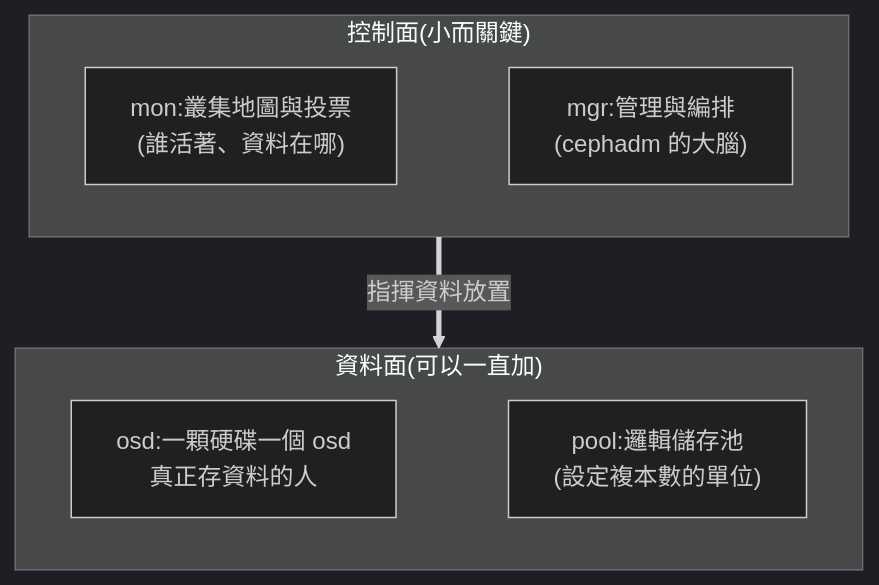
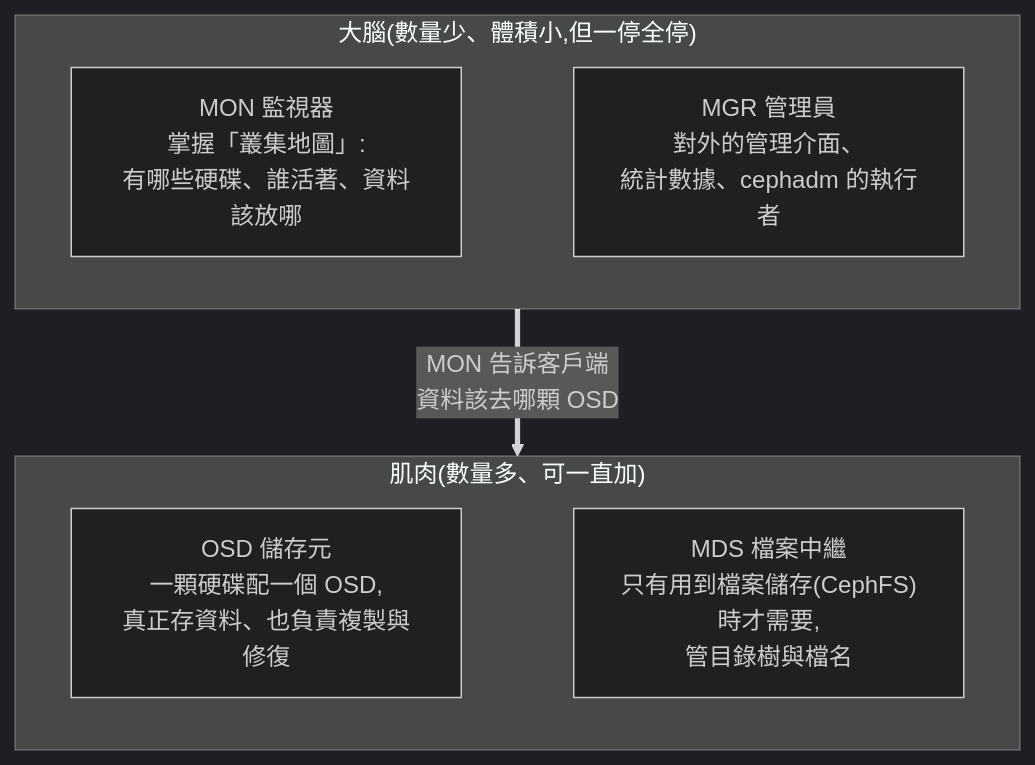
The diagram in docs/runbook/sprint4-day14-ceph-bootstrap.md (DeepWaveLab/OpenStackPracticing), drawn with Mermaid (dark theme) before and after one commit. The commit also changed other lines of this file and 32 other files, not shown here.

````diff
--- a/docs/runbook/sprint4-day14-ceph-bootstrap.md
+++ b/docs/runbook/sprint4-day14-ceph-bootstrap.md
@@ -22,12 +32,12 @@
 ```mermaid
 flowchart TB
-    subgraph brain["控制面(小而關鍵)"]
+    subgraph brain["大腦(數量少、體積小,但一停全停)"]
         direction LR
-        MON["mon:叢集地圖與投票<br/>(誰活著、資料在哪)"] ~~~ MGR["mgr:管理與編排<br/>(cephadm 的大腦)"]
+        MON["MON 監視器<br/>掌握「叢集地圖」:<br/>有哪些硬碟、誰活著、資料該放哪"] ~~~ MGR["MGR 管理員<br/>對外的管理介面、<br/>統計數據、cephadm 的執行者"]
     end
-    subgraph data["資料面(可以一直加)"]
+    subgraph muscle["肌肉(數量多、可一直加)"]
         direction LR
-        OSD1["osd:一顆硬碟一個 osd<br/>真正存資料的人"] ~~~ POOL["pool:邏輯儲存池<br/>(設定複本數的單位)"]
+        OSD["OSD 儲存元<br/>一顆硬碟配一個 OSD,<br/>真正存資料、也負責複製與修復"] ~~~ MDS["MDS 檔案中繼<br/>只有用到檔案儲存(CephFS)時才需要,<br/>管目錄樹與檔名"]
     end
-    brain ==>|"指揮資料放置"| data
+    brain ==>|"MON 告訴客戶端<br/>資料該去哪顆 OSD"| muscle
 ```
````
